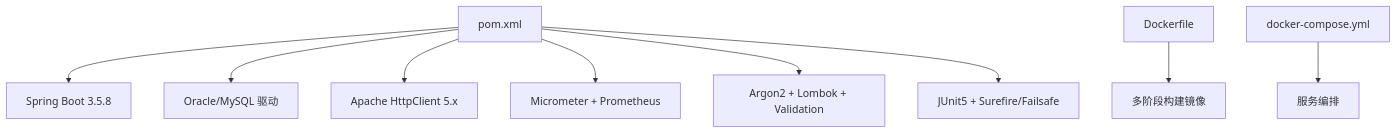
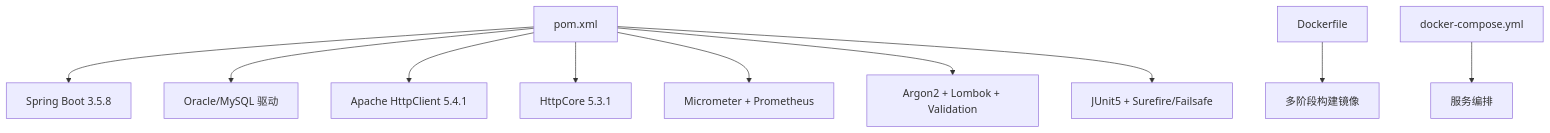
Before and after one commit to liuzh2008/med_ai_assistant_workspace: the eighth of 8 diagrams in .qoder/repowiki/zh/content/系统架构/后端架构更新.md, drawn with Mermaid. The commit also changed other lines of this file and 3 other files, not shown here.

````diff
--- a/.qoder/repowiki/zh/content/系统架构/后端架构更新.md
+++ b/.qoder/repowiki/zh/content/系统架构/后端架构更新.md
@@ -271,11 +266,12 @@
 ```mermaid
 graph TB
 POM["pom.xml"] --> SB["Spring Boot 3.5.8"]
 POM --> DB["Oracle/MySQL 驱动"]
-POM --> HTTP["Apache HttpClient 5.x"]
+POM --> HTTP["Apache HttpClient 5.4.1"]
+POM --> HTTPCORE["HttpCore 5.3.1"]
 POM --> MON["Micrometer + Prometheus"]
 POM --> SEC["Argon2 + Lombok + Validation"]
 POM --> TEST["JUnit5 + Surefire/Failsafe"]
 DOCK["Dockerfile"] --> IMG["多阶段构建镜像"]
 COMPOSE["docker-compose.yml"] --> SVC["服务编排"]
 ```
````
